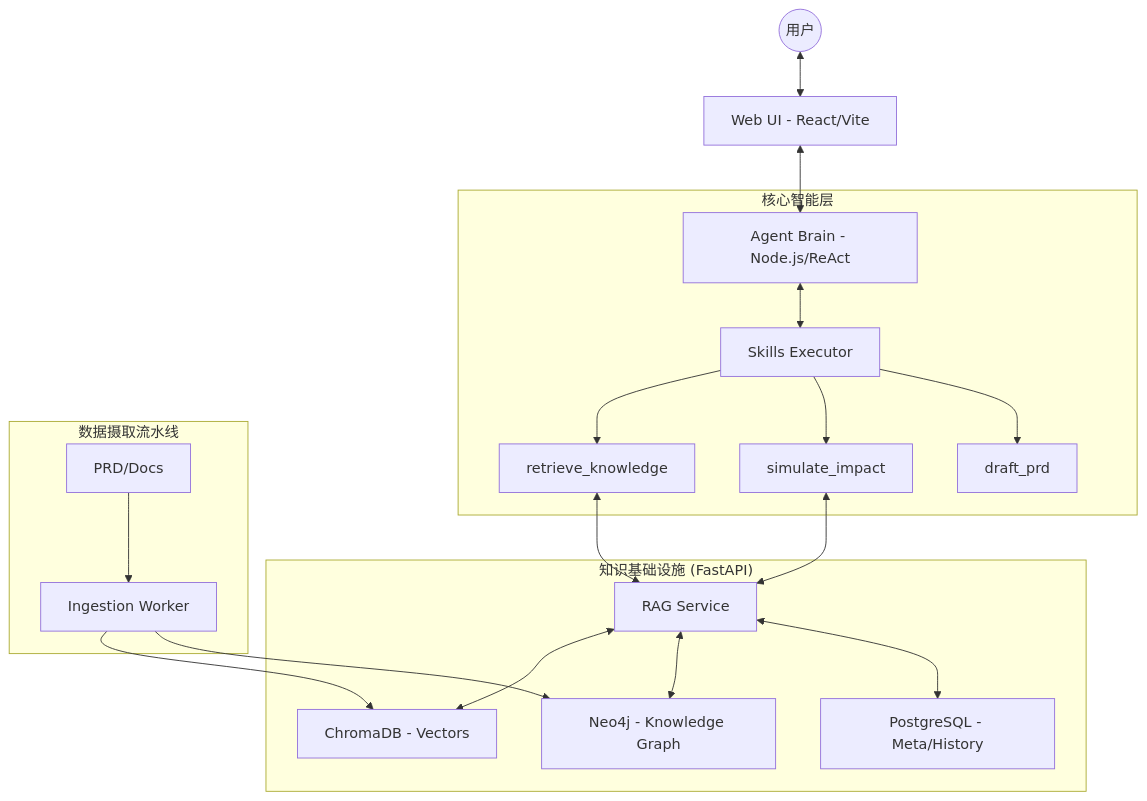
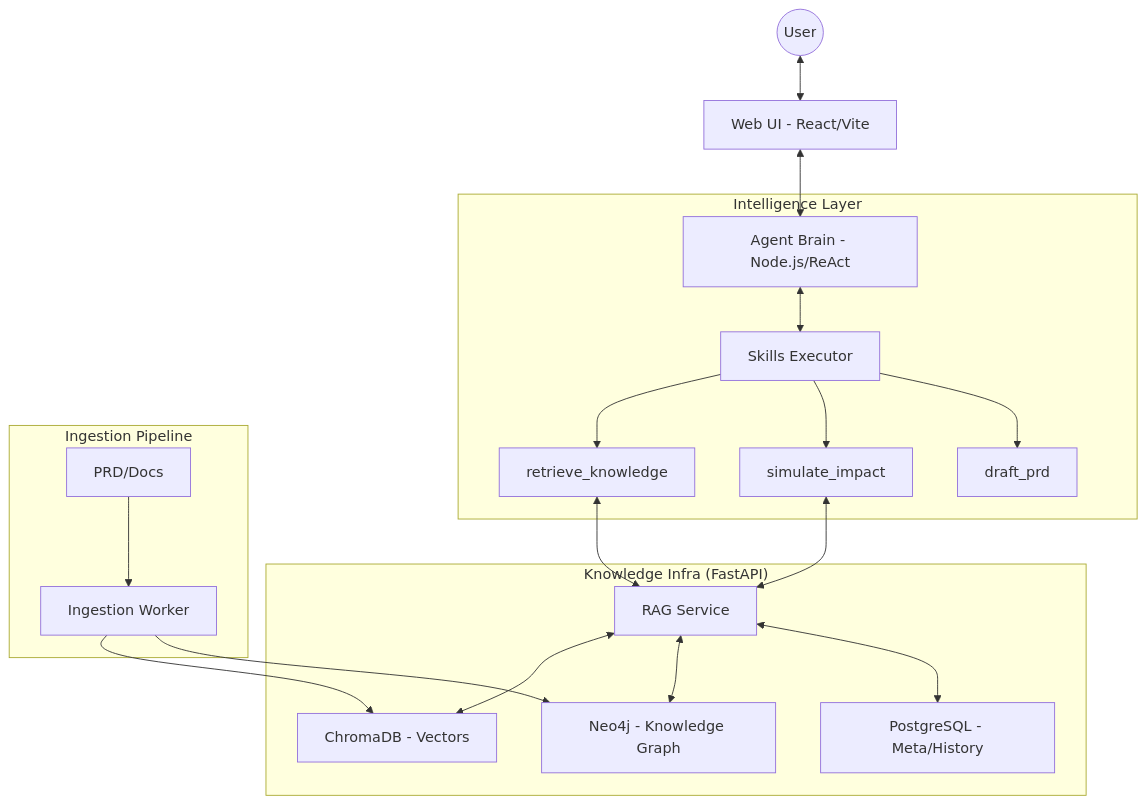
The diagram in README.md (danugot/nexis), drawn with Mermaid before and after one commit. The commit also changed other lines of this file, not shown here.

````diff
--- a/README.md
+++ b/README.md
@@ -21,25 +29,25 @@
 ```mermaid
 graph TD
-    User((用户)) <--> UI[Web UI - React/Vite]
+    User((User)) <--> UI[Web UI - React/Vite]
     UI <--> Agent[Agent Brain - Node.js/ReAct]
     
-    subgraph "核心智能层"
+    subgraph "Intelligence Layer"
         Agent <--> Skills[Skills Executor]
         Skills --> S1[retrieve_knowledge]
         Skills --> S2[simulate_impact]
         Skills --> S3[draft_prd]
     end
     
-    subgraph "知识基础设施 (FastAPI)"
+    subgraph "Knowledge Infra (FastAPI)"
         S1 & S2 <--> RAG_API[RAG Service]
         RAG_API <--> Vector[ChromaDB - Vectors]
         RAG_API <--> Graph[Neo4j - Knowledge Graph]
         RAG_API <--> DB[PostgreSQL - Meta/History]
     end
     
-    subgraph "数据摄取流水线"
+    subgraph "Ingestion Pipeline"
         Docs[PRD/Docs] --> Worker[Ingestion Worker]
         Worker --> Vector
         Worker --> Graph
     end
 ```
````
